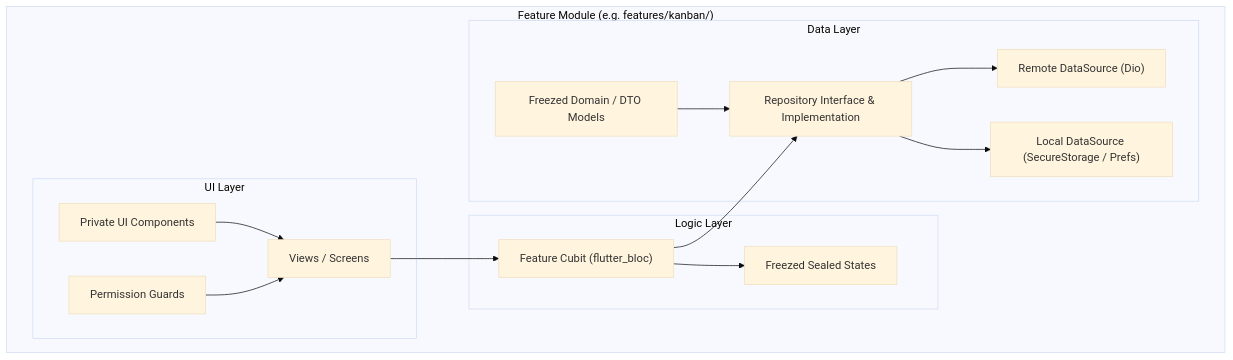
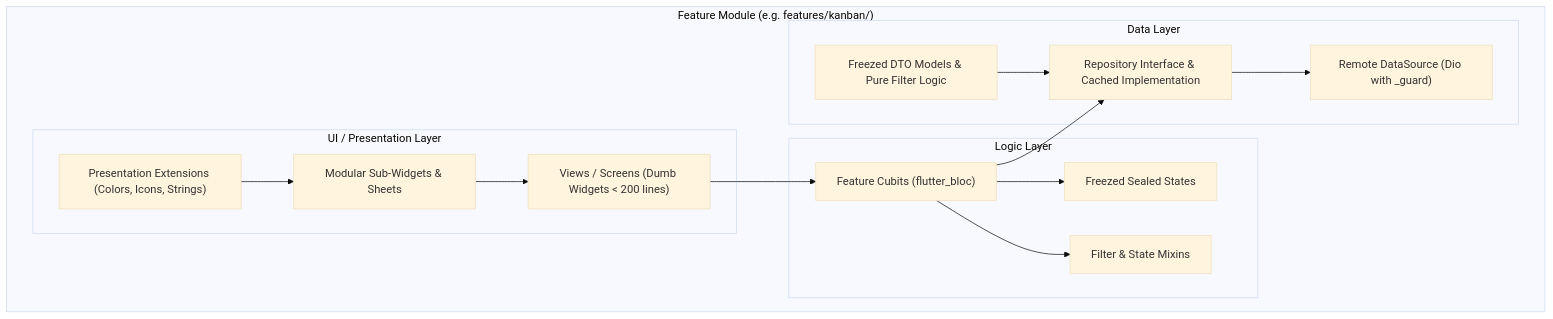
The first of 3 diagrams in docs/frontend-architecture.md (Clark605/ProjectHub), drawn with Mermaid (base theme) before and after one commit. The commit also changed other lines of this file and 1 other file, not shown here.

First line of the commit message:
docs(client): document clean architecture without domain layer

````diff
--- a/docs/frontend-architecture.md
+++ b/docs/frontend-architecture.md
@@ -11,31 +11,31 @@
 ```mermaid
 graph TD
     subgraph FeatureModule ["Feature Module (e.g. features/kanban/)"]
-        subgraph UILayer ["UI Layer"]
-            Screen["Views / Screens"]
-            Widgets["Private UI Components"]
-            Guards["Permission Guards"]
+        subgraph UILayer ["UI / Presentation Layer"]
+            Screen["Views / Screens (Dumb Widgets < 200 lines)"]
+            Widgets["Modular Sub-Widgets & Sheets"]
+            UIExtensions["Presentation Extensions (Colors, Icons, Strings)"]
         end
 
         subgraph LogicLayer ["Logic Layer"]
-            Cubit["Feature Cubit (flutter_bloc)"]
+            Cubit["Feature Cubits (flutter_bloc)"]
             State["Freezed Sealed States"]
+            FilterMixins["Filter & State Mixins"]
         end
 
         subgraph DataLayer ["Data Layer"]
-            Repository["Repository Interface & Implementation"]
-            RemoteDataSource["Remote DataSource (Dio)"]
-            LocalDataSource["Local DataSource (SecureStorage / Prefs)"]
-            Models["Freezed Domain / DTO Models"]
+            Repository["Repository Interface & Cached Implementation"]
+            RemoteDataSource["Remote DataSource (Dio with _guard)"]
+            Models["Freezed DTO Models & Pure Filter Logic"]
         end
     end
 
     Screen --> Cubit
     Widgets --> Screen
-    Guards --> Screen
+    UIExtensions --> Widgets
     Cubit --> State
+    Cubit --> FilterMixins
     Cubit --> Repository
     Repository --> RemoteDataSource
-    Repository --> LocalDataSource
     Models --> Repository
 ```
````
